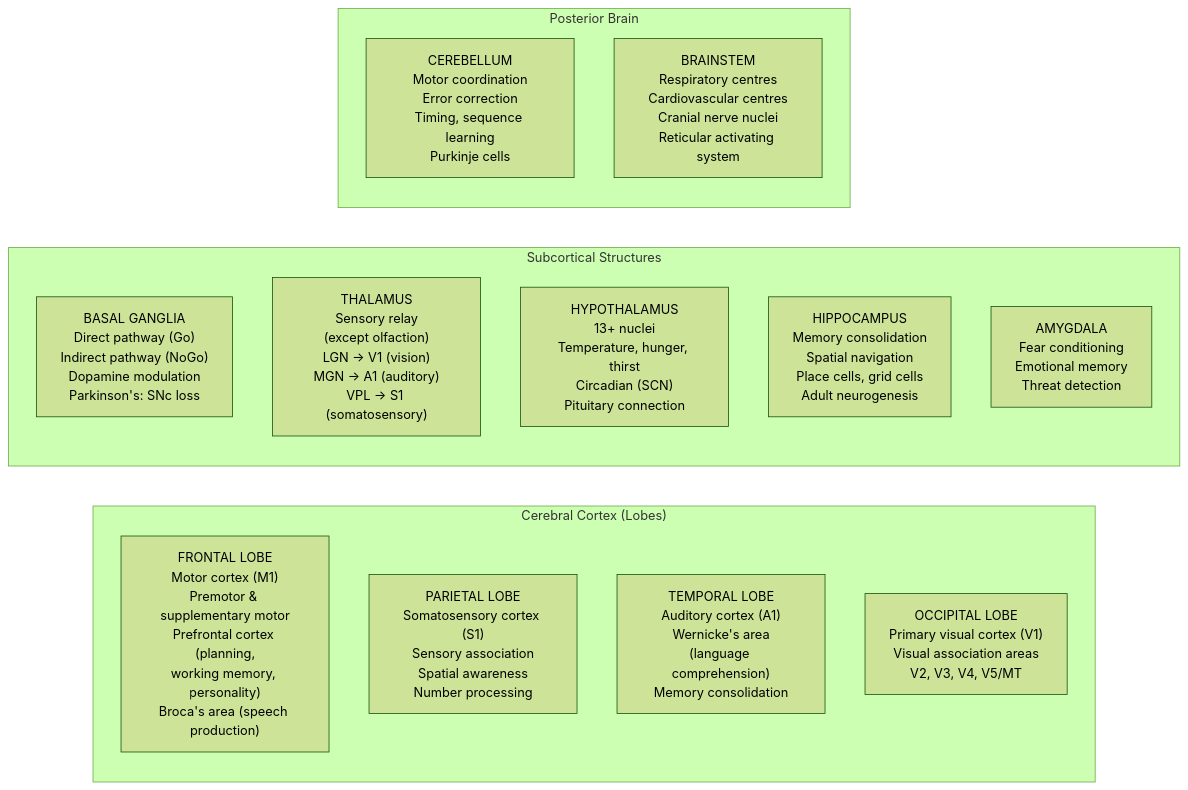
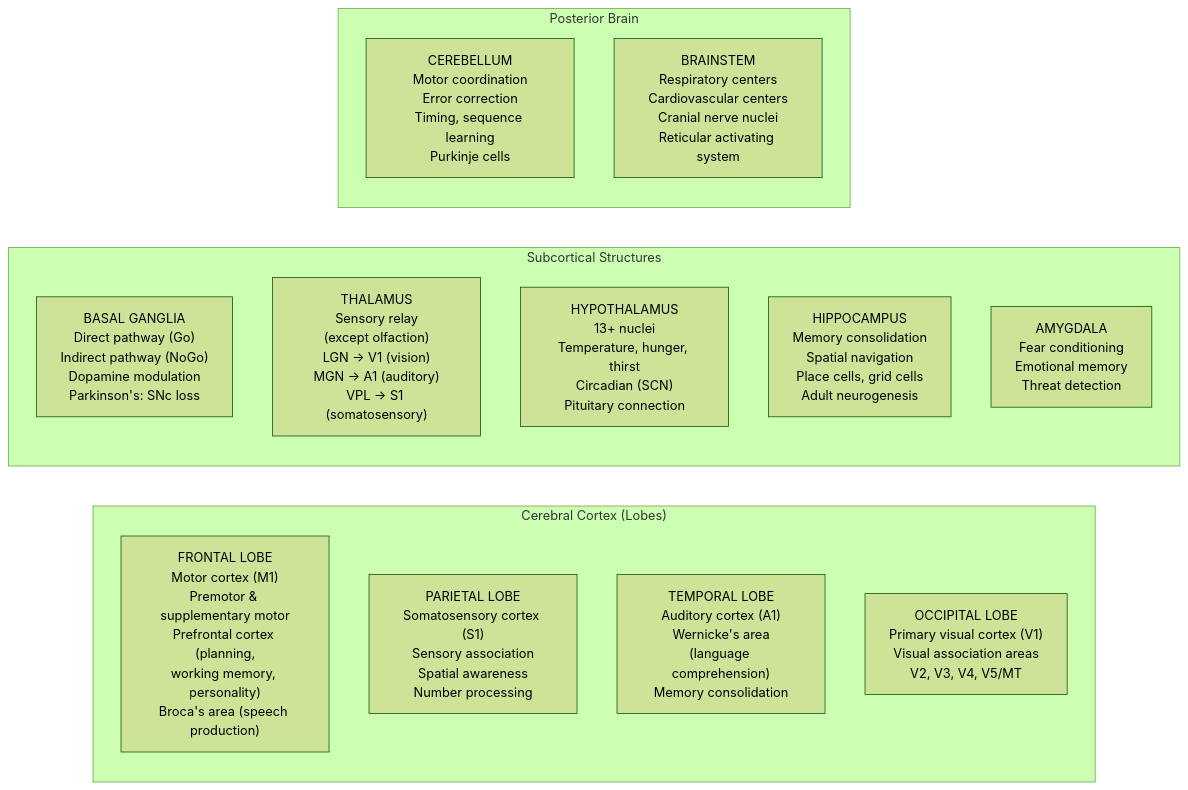
The third of 3 diagrams in manuscript/unit_IX/nervous_system.md (docxology/biology_textbook), drawn with Mermaid (forest theme) before and after one commit. The commit also changed other lines of this file and 247 other files, not shown here.

````diff
--- a/manuscript/unit_IX/nervous_system.md
+++ b/manuscript/unit_IX/nervous_system.md
@@ -428,22 +431,22 @@
 ```mermaid
 graph LR
     subgraph Cerebral_Cortex ["Cerebral Cortex (Lobes)"]
         F["FRONTAL LOBE<br/>Motor cortex (M1)<br/>Premotor & supplementary motor<br/>Prefrontal cortex (planning,<br/>working memory, personality)<br/>Broca's area (speech production)"]
         P["PARIETAL LOBE<br/>Somatosensory cortex (S1)<br/>Sensory association<br/>Spatial awareness<br/>Number processing"]
         T["TEMPORAL LOBE<br/>Auditory cortex (A1)<br/>Wernicke's area<br/>(language comprehension)<br/>Memory consolidation"]
         O["OCCIPITAL LOBE<br/>Primary visual cortex (V1)<br/>Visual association areas<br/>V2, V3, V4, V5/MT"]
     end
 
     subgraph Subcortical ["Subcortical Structures"]
         BG2["BASAL GANGLIA<br/>Direct pathway (Go)<br/>Indirect pathway (NoGo)<br/>Dopamine modulation<br/>Parkinson's: SNc loss"]
         TH["THALAMUS<br/>Sensory relay<br/>(except olfaction)<br/>LGN → V1 (vision)<br/>MGN → A1 (auditory)<br/>VPL → S1 (somatosensory)"]
         HT["HYPOTHALAMUS<br/>13+ nuclei<br/>Temperature, hunger, thirst<br/>Circadian (SCN)<br/>Pituitary connection"]
         HC["HIPPOCAMPUS<br/>Memory consolidation<br/>Spatial navigation<br/>Place cells, grid cells<br/>Adult neurogenesis"]
         AM["AMYGDALA<br/>Fear conditioning<br/>Emotional memory<br/>Threat detection"]
     end
 
     subgraph Posterior ["Posterior Brain"]
         CB["CEREBELLUM<br/>Motor coordination<br/>Error correction<br/>Timing, sequence learning<br/>Purkinje cells"]
-        BS2["BRAINSTEM<br/>Respiratory centres<br/>Cardiovascular centres<br/>Cranial nerve nuclei<br/>Reticular activating system"]
+        BS2["BRAINSTEM<br/>Respiratory centers<br/>Cardiovascular centers<br/>Cranial nerve nuclei<br/>Reticular activating system"]
     end
 ```
````
